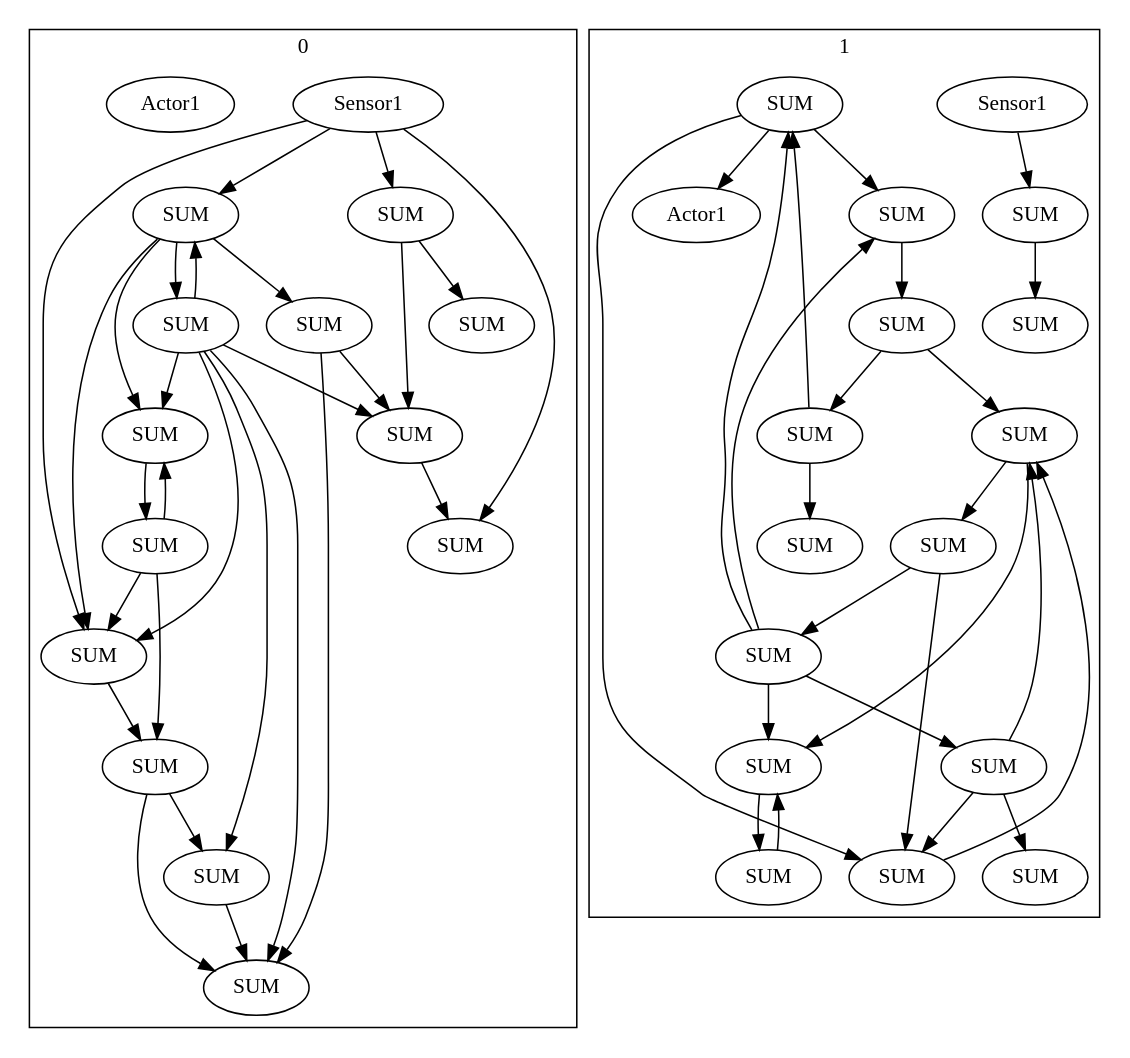
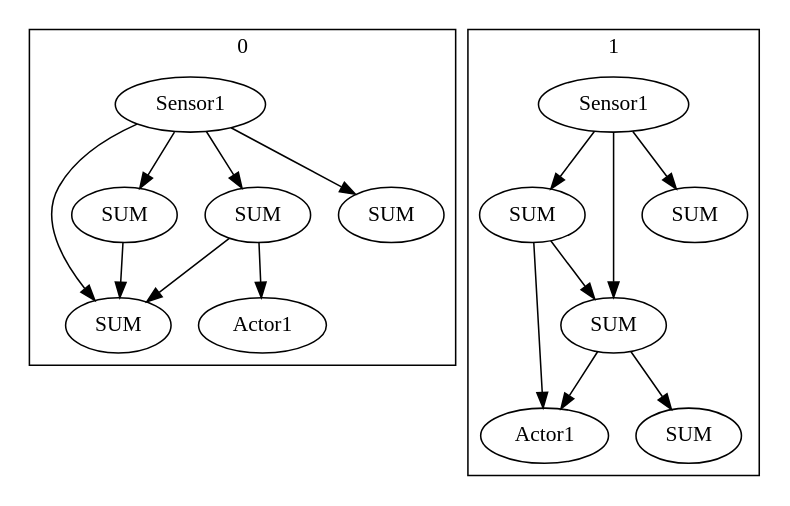
One commit to den1den/2imv10-virtual-creatures changed the diagram in 2IMV10_VirtualCreatures/stats/3.gv. Above: the diagram before and after it, drawn with Graphviz. The commit also changed 7 other files, not shown here.

```diff
--- a/2IMV10_VirtualCreatures/stats/3.gv
+++ b/2IMV10_VirtualCreatures/stats/3.gv
@@ -1,94 +1,37 @@
 digraph {
     subgraph cluster_0 {
         label="Brain";
     }
     subgraph cluster_1 {
         label="0";
-        x0x127935SENSORSUM [label="Sensor1"];
-        x0x127936NEURONSUM [label="SUM"];
-        x0x127937NEURONSUM [label="SUM"];
-        x0x127938NEURONSUM [label="SUM"];
-        x0x127939NEURONSUM [label="SUM"];
-        x0x127940NEURONSUM [label="SUM"];
-        x0x127941NEURONSUM [label="SUM"];
-        x0x127942NEURONSUM [label="SUM"];
-        x0x127943NEURONSUM [label="SUM"];
-        x0x127944NEURONSUM [label="SUM"];
-        x0x127945NEURONSUM [label="SUM"];
-        x0x127946NEURONSUM [label="SUM"];
-        x0x127947NEURONSUM [label="SUM"];
-        x0x127948NEURONSUM [label="SUM"];
-        x0x127949ACTORSUM [label="Actor1"];
+        x0x11758SENSORSUM [label="Sensor1"];
+        x0x11759NEURONSUM [label="SUM"];
+        x0x11760NEURONSUM [label="SUM"];
+        x0x11761NEURONSUM [label="SUM"];
+        x0x11768NEURONSUM [label="SUM"];
+        x0x11762ACTORSUM [label="Actor1"];
     }
     subgraph cluster_2 {
         label="1";
-        x1x127950SENSORSUM [label="Sensor1"];
-        x1x127951NEURONSUM [label="SUM"];
-        x1x127952NEURONSUM [label="SUM"];
-        x1x127953NEURONSUM [label="SUM"];
-        x1x127954NEURONSUM [label="SUM"];
-        x1x127955NEURONSUM [label="SUM"];
-        x1x127956NEURONSUM [label="SUM"];
-        x1x127957NEURONSUM [label="SUM"];
-        x1x127958NEURONSUM [label="SUM"];
-        x1x127959NEURONSUM [label="SUM"];
-        x1x127960NEURONSUM [label="SUM"];
-        x1x127961NEURONSUM [label="SUM"];
-        x1x127962NEURONSUM [label="SUM"];
-        x1x127963NEURONSUM [label="SUM"];
-        x1x127964NEURONSUM [label="SUM"];
-        x1x127966NEURONSUM [label="SUM"];
-        x1x127965ACTORSUM [label="Actor1"];
+        x1x11763SENSORSUM [label="Sensor1"];
+        x1x11764NEURONSUM [label="SUM"];
+        x1x11765NEURONSUM [label="SUM"];
+        x1x11766NEURONSUM [label="SUM"];
+        x1x11769NEURONSUM [label="SUM"];
+        x1x11767ACTORSUM [label="Actor1"];
     }
-    x0x127935SENSORSUM -> x0x127936NEURONSUM
-    x0x127935SENSORSUM -> x0x127938NEURONSUM
-    x0x127939NEURONSUM -> x0x127936NEURONSUM
-    x0x127939NEURONSUM -> x0x127943NEURONSUM
-    x0x127945NEURONSUM -> x0x127940NEURONSUM
-    x0x127943NEURONSUM -> x0x127939NEURONSUM
-    x0x127940NEURONSUM -> x0x127938NEURONSUM
-    x0x127941NEURONSUM -> x0x127940NEURONSUM
-    x0x127944NEURONSUM -> x0x127947NEURONSUM
-    x0x127941NEURONSUM -> x0x127947NEURONSUM
-    x0x127943NEURONSUM -> x0x127940NEURONSUM
-    x0x127943NEURONSUM -> x0x127947NEURONSUM
-    x0x127942NEURONSUM -> x0x127944NEURONSUM
-    x0x127937NEURONSUM -> x0x127936NEURONSUM
-    x0x127943NEURONSUM -> x0x127944NEURONSUM
-    x0x127935SENSORSUM -> x0x127939NEURONSUM
-    x0x127936NEURONSUM -> x0x127942NEURONSUM
-    x0x127943NEURONSUM -> x0x127946NEURONSUM
-    x0x127942NEURONSUM -> x0x127947NEURONSUM
-    x0x127939NEURONSUM -> x0x127946NEURONSUM
-    x0x127943NEURONSUM -> x0x127936NEURONSUM
-    x0x127935SENSORSUM -> x0x127945NEURONSUM
-    x0x127945NEURONSUM -> x0x127948NEURONSUM
-    x0x127937NEURONSUM -> x0x127946NEURONSUM
-    x0x127937NEURONSUM -> x0x127942NEURONSUM
-    x0x127946NEURONSUM -> x0x127937NEURONSUM
-    x0x127939NEURONSUM -> x0x127941NEURONSUM
-    x1x127959NEURONSUM -> x1x127954NEURONSUM
-    x1x127953NEURONSUM -> x1x127958NEURONSUM
-    x1x127953NEURONSUM -> x1x127955NEURONSUM
-    x1x127951NEURONSUM -> x1x127956NEURONSUM
-    x1x127954NEURONSUM -> x1x127958NEURONSUM
-    x1x127951NEURONSUM -> x1x127965ACTORSUM
-    x1x127952NEURONSUM -> x1x127953NEURONSUM
-    x1x127953NEURONSUM -> x1x127951NEURONSUM
-    x1x127962NEURONSUM -> x1x127957NEURONSUM
-    x1x127954NEURONSUM -> x1x127952NEURONSUM
-    x1x127961NEURONSUM -> x1x127958NEURONSUM
-    x1x127955NEURONSUM -> x1x127954NEURONSUM
-    x1x127952NEURONSUM -> x1x127959NEURONSUM
-    x1x127953NEURONSUM -> x1x127956NEURONSUM
-    x1x127955NEURONSUM -> x1x127960NEURONSUM
-    x1x127957NEURONSUM -> x1x127951NEURONSUM
-    x1x127955NEURONSUM -> x1x127959NEURONSUM
-    x1x127962NEURONSUM -> x1x127954NEURONSUM
-    x1x127956NEURONSUM -> x1x127962NEURONSUM
-    x1x127950SENSORSUM -> x1x127963NEURONSUM
-    x1x127951NEURONSUM -> x1x127959NEURONSUM
-    x1x127957NEURONSUM -> x1x127964NEURONSUM
-    x1x127958NEURONSUM -> x1x127961NEURONSUM
-    x1x127963NEURONSUM -> x1x127966NEURONSUM
+    x0x11758SENSORSUM -> x0x11759NEURONSUM
+    x0x11760NEURONSUM -> x0x11762ACTORSUM
+    x0x11758SENSORSUM -> x0x11768NEURONSUM
+    x0x11758SENSORSUM -> x0x11761NEURONSUM
+    x0x11760NEURONSUM -> x0x11759NEURONSUM
+    x0x11761NEURONSUM -> x0x11759NEURONSUM
+    x0x11758SENSORSUM -> x0x11760NEURONSUM
+    x1x11765NEURONSUM -> x1x11766NEURONSUM
+    x1x11764NEURONSUM -> x1x11765NEURONSUM
+    x1x11763SENSORSUM -> x1x11764NEURONSUM
+    x1x11765NEURONSUM -> x1x11767ACTORSUM
+    x1x11764NEURONSUM -> x1x11767ACTORSUM
+    x1x11763SENSORSUM -> x1x11765NEURONSUM
+    x1x11763SENSORSUM -> x1x11769NEURONSUM
 }
```
